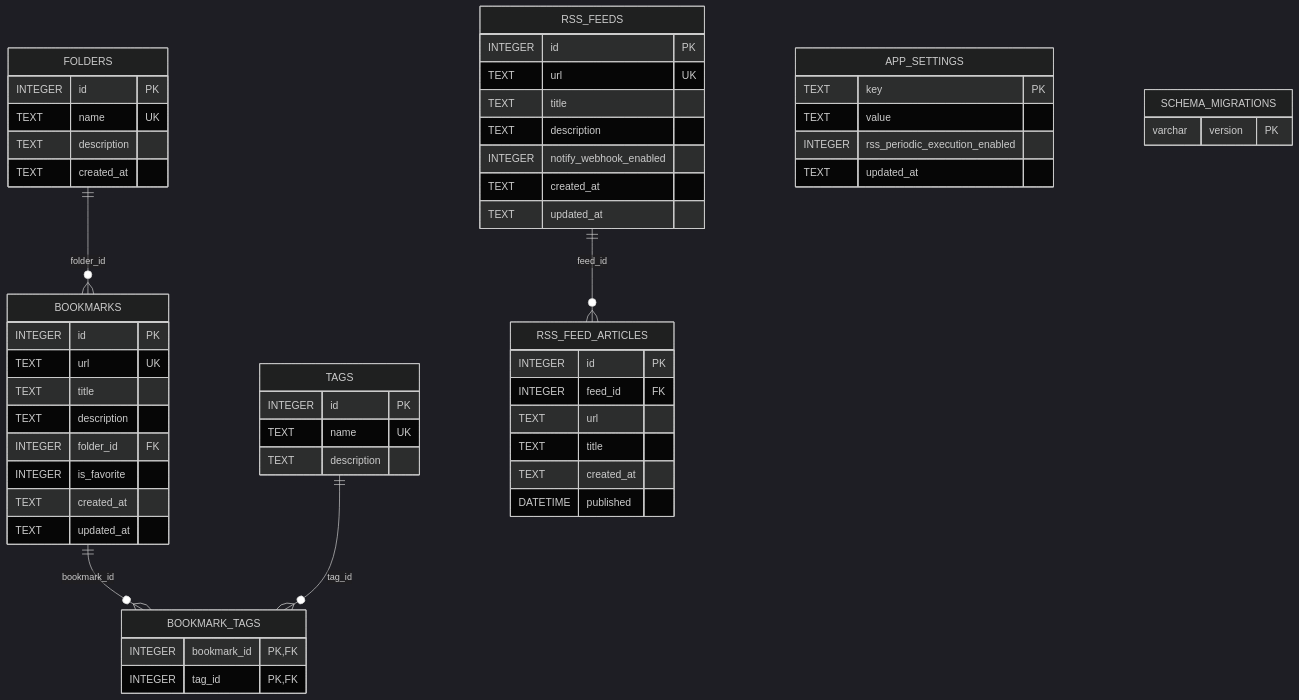
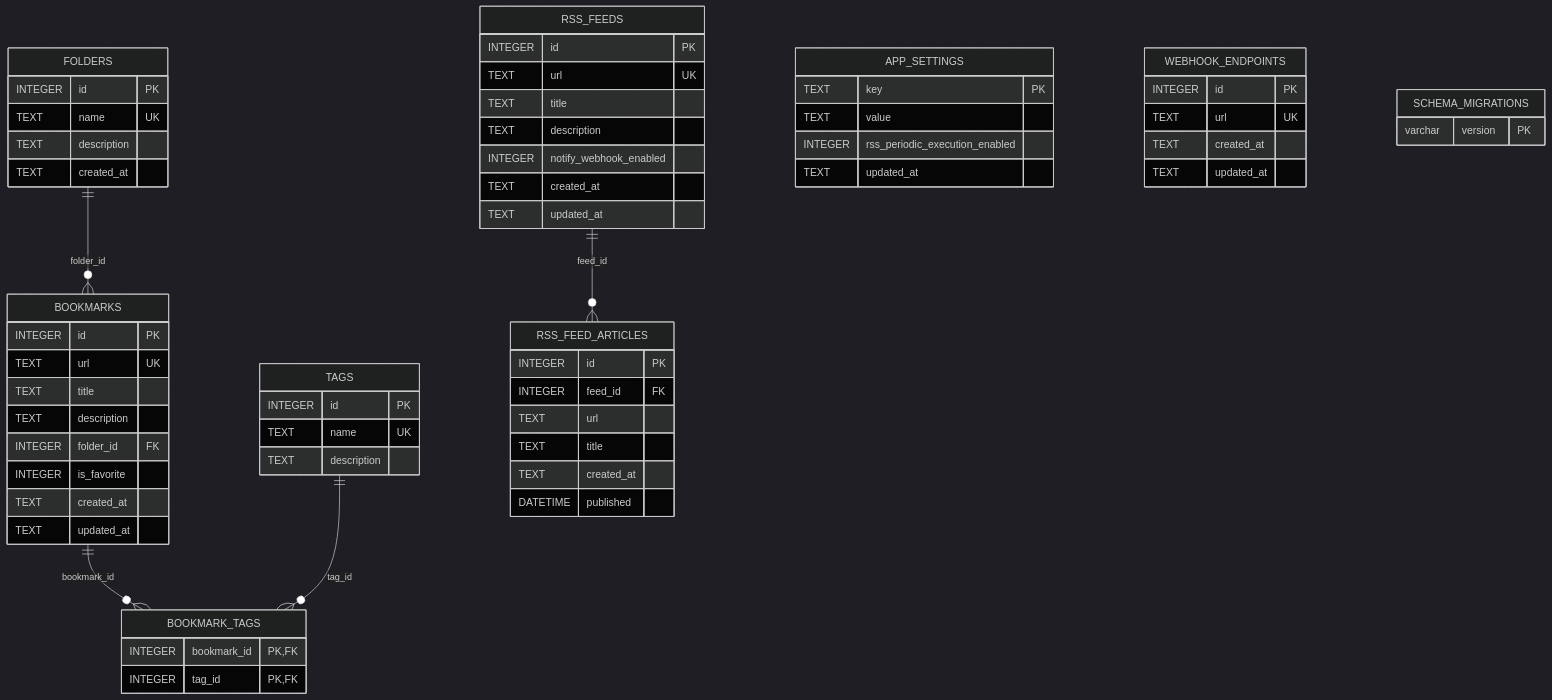
The diagram in specs/architecture/data-model.md (Kai17-a/shiori-keeper), drawn with Mermaid (dark theme) before and after one commit. The commit also changed other lines of this file and 35 other files, not shown here.

First line of the commit message:
feat(settings): support multiple webhook notification endpoints

````diff
--- a/specs/architecture/data-model.md
+++ b/specs/architecture/data-model.md
@@ -8,66 +8,73 @@
 ```mermaid
 erDiagram
     FOLDERS ||--o{ BOOKMARKS : "folder_id"
     BOOKMARKS ||--o{ BOOKMARK_TAGS : "bookmark_id"
     TAGS ||--o{ BOOKMARK_TAGS : "tag_id"
     RSS_FEEDS ||--o{ RSS_FEED_ARTICLES : "feed_id"
 
     FOLDERS {
         INTEGER id PK
         TEXT name UK
         TEXT description
         TEXT created_at
     }
 
     BOOKMARKS {
         INTEGER id PK
         TEXT url UK
         TEXT title
         TEXT description
         INTEGER folder_id FK
         INTEGER is_favorite
         TEXT created_at
         TEXT updated_at
     }
 
     TAGS {
         INTEGER id PK
         TEXT name UK
         TEXT description
     }
 
     BOOKMARK_TAGS {
         INTEGER bookmark_id PK, FK
         INTEGER tag_id PK, FK
     }
 
     RSS_FEEDS {
         INTEGER id PK
         TEXT url UK
         TEXT title
         TEXT description
         INTEGER notify_webhook_enabled
         TEXT created_at
         TEXT updated_at
     }
 
     RSS_FEED_ARTICLES {
         INTEGER id PK
         INTEGER feed_id FK
         TEXT url
         TEXT title
         TEXT created_at
         DATETIME published
     }
 
     APP_SETTINGS {
         TEXT key PK
         TEXT value
         INTEGER rss_periodic_execution_enabled
         TEXT updated_at
     }
 
+    WEBHOOK_ENDPOINTS {
+        INTEGER id PK
+        TEXT url UK
+        TEXT created_at
+        TEXT updated_at
+    }
+
     SCHEMA_MIGRATIONS {
         varchar version PK
     }
 ```
````
